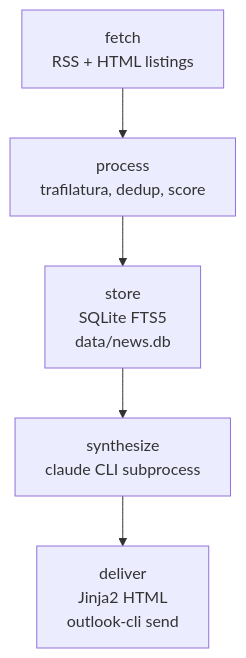
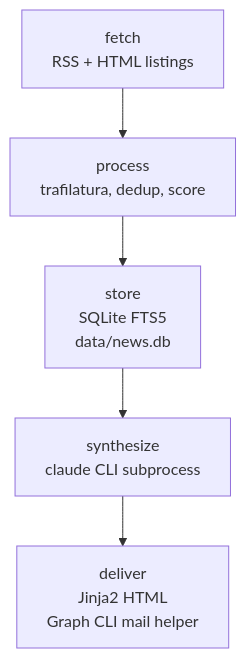
One commit to weirdapps/news changed the diagram in README.md. Above: the diagram before and after it, drawn with Mermaid. The commit also changed other lines of this file and 4 other files, not shown here.

First line of the commit message:
feat(deliver): send through the Graph CLI mail helper, outlook-cli as fallback (#80)

````diff
--- a/README.md
+++ b/README.md
@@ -25,7 +25,7 @@
 ```mermaid
 flowchart TD
     A[fetch<br/>RSS + HTML listings] --> B[process<br/>trafilatura, dedup, score]
     B --> C[store<br/>SQLite FTS5<br/>data/news.db]
     C --> D[synthesize<br/>claude CLI subprocess]
-    D --> E[deliver<br/>Jinja2 HTML<br/>outlook-cli send]
+    D --> E[deliver<br/>Jinja2 HTML<br/>Graph CLI mail helper]
 ```
````
